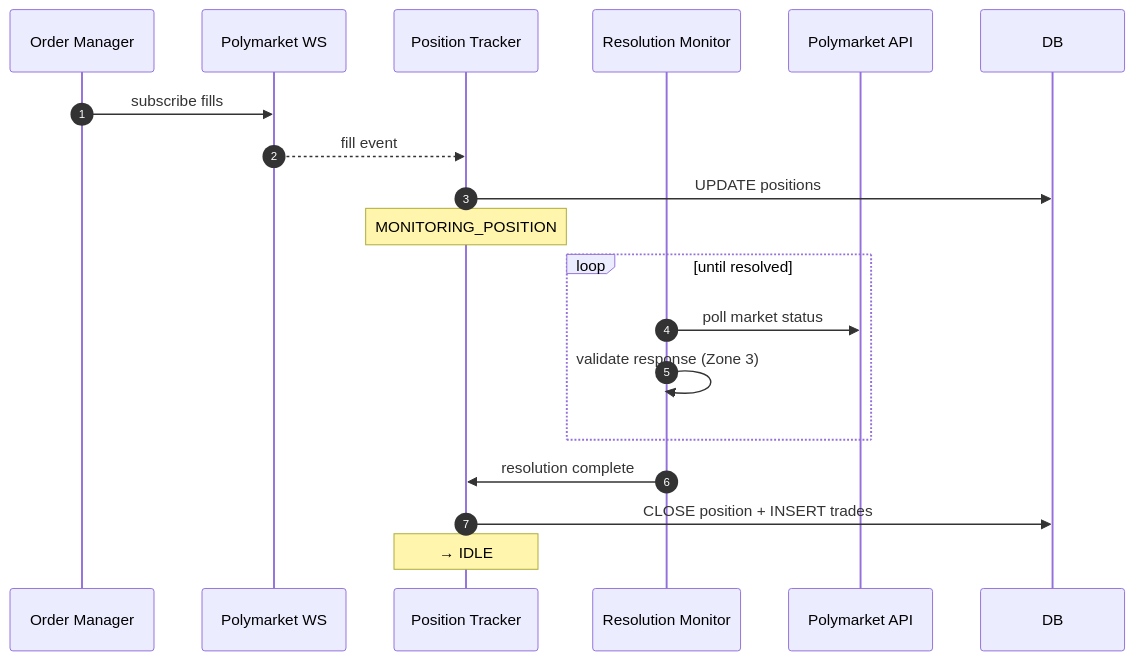
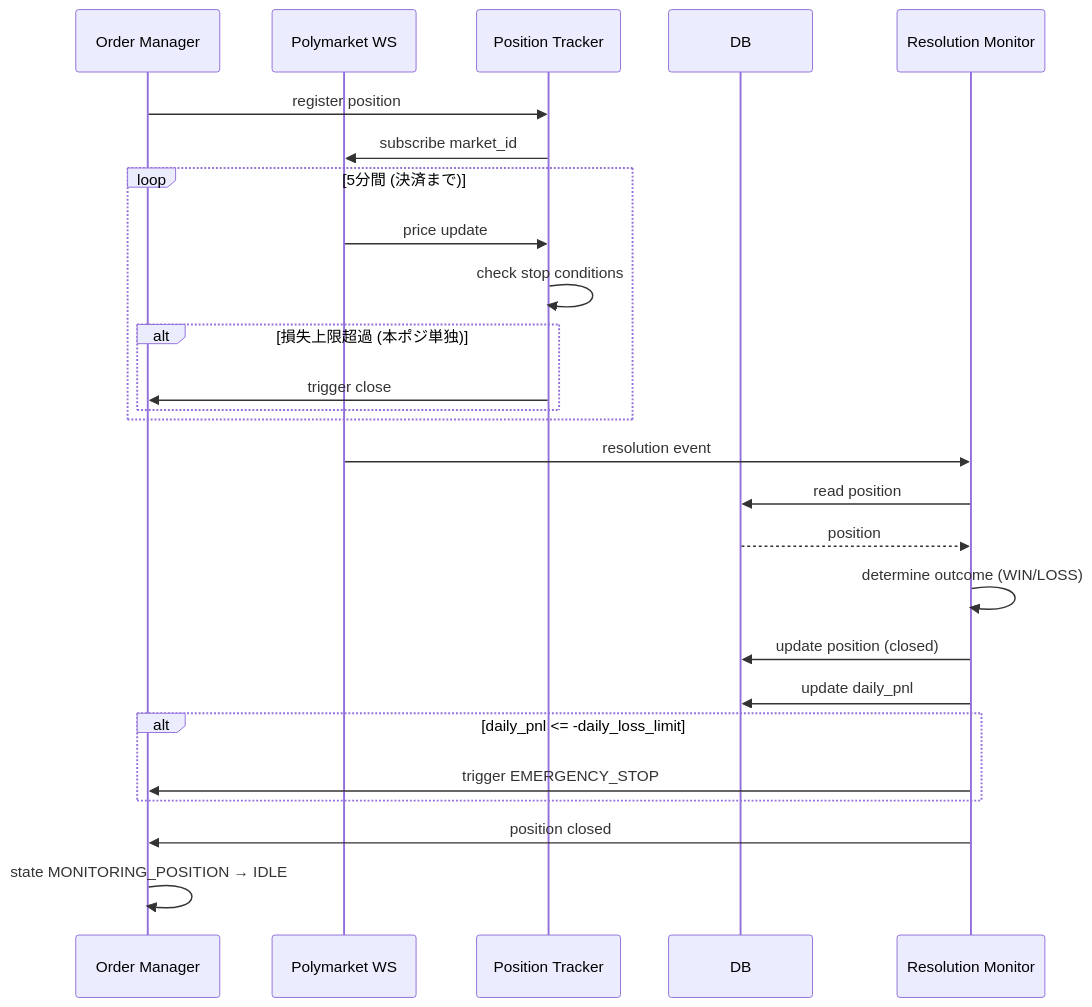
The third of 7 diagrams in docs/design/06_sequence.md (matrix9neonebuchadnezzar2199-sketch/YoRuu), drawn with Mermaid before and after one commit. The commit also changed other lines of this file and 8 other files, not shown here.

````diff
--- a/docs/design/06_sequence.md
+++ b/docs/design/06_sequence.md
@@ -93,22 +126,29 @@
 ```mermaid
 sequenceDiagram
-    autonumber
     participant OM as Order Manager
-    participant WS as Polymarket WS
+    participant WSC as Polymarket WS
     participant PT as Position Tracker
+    participant DB
     participant RM as Resolution Monitor
-    participant PM as Polymarket API
-    participant DB as DB
 
-    OM->>WS: subscribe fills
-    WS-->>PT: fill event
-    PT->>DB: UPDATE positions
-    Note over PT: MONITORING_POSITION
-    loop until resolved
-        RM->>PM: poll market status
-        RM->>RM: validate response (Zone 3)
+    OM->>PT: register position
+    PT->>WSC: subscribe market_id
+    loop 5分間 (決済まで)
+        WSC->>PT: price update
+        PT->>PT: check stop conditions
+        alt 損失上限超過 (本ポジ単独)
+            PT->>OM: trigger close
+        end
     end
-    RM->>PT: resolution complete
-    PT->>DB: CLOSE position + INSERT trades
-    Note over PT: → IDLE
+    WSC->>RM: resolution event
+    RM->>DB: read position
+    DB-->>RM: position
+    RM->>RM: determine outcome (WIN/LOSS)
+    RM->>DB: update position (closed)
+    RM->>DB: update daily_pnl
+    alt daily_pnl <= -daily_loss_limit
+        RM->>OM: trigger EMERGENCY_STOP
+    end
+    RM->>OM: position closed
+    OM->>OM: state MONITORING_POSITION → IDLE
 ```
````
